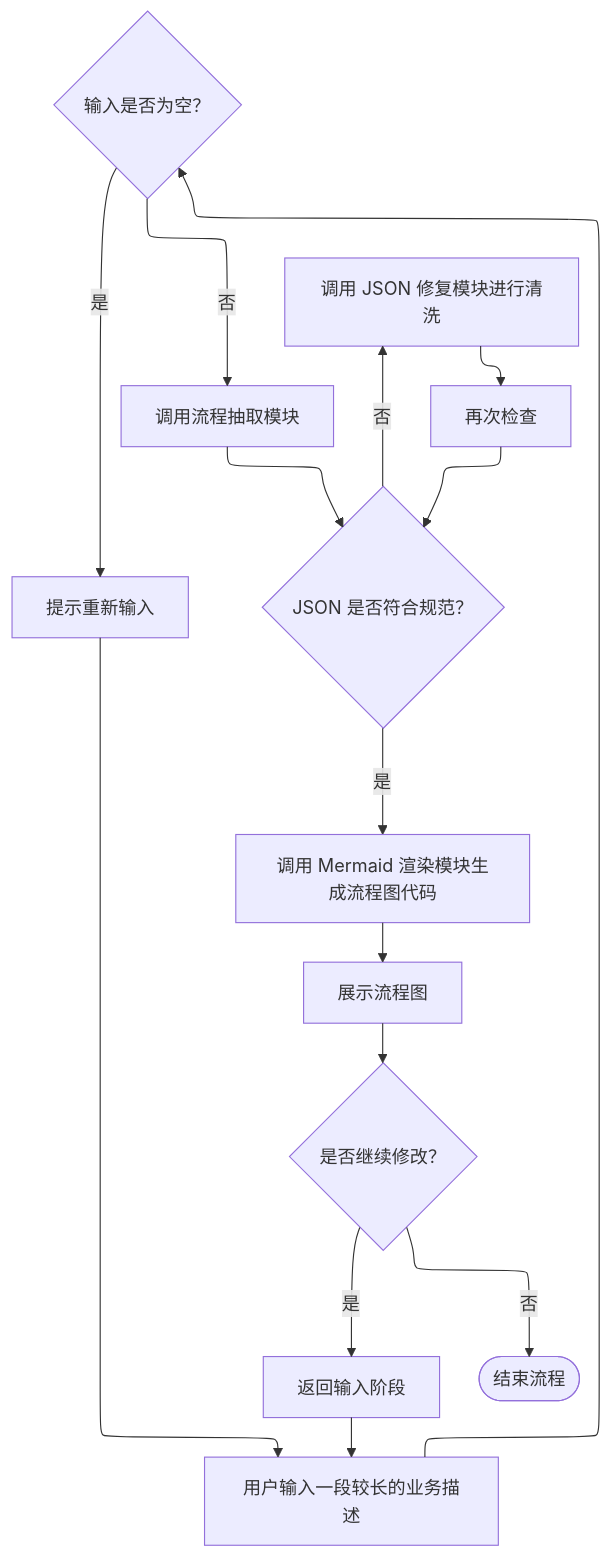
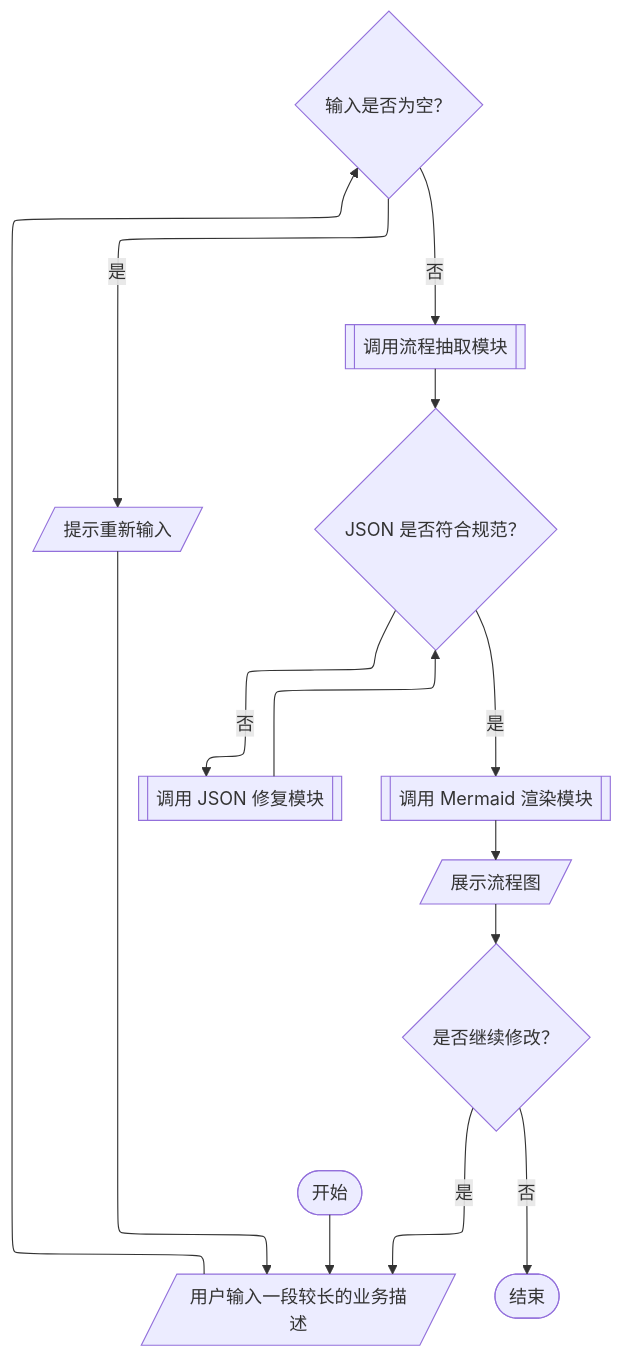
One commit to pujipia/Agent-Practise changed the diagram in diagrams/branch_flowchart.mmd. Above: the diagram before and after it, drawn with Mermaid. The commit also changed 6 other files, not shown here.

```diff
--- a/diagrams/branch_flowchart.mmd
+++ b/diagrams/branch_flowchart.mmd
@@ -1,29 +1,27 @@
 %%{init: {"flowchart": {"defaultRenderer": "elk"}}}%%
 flowchart TD
-A["用户输入一段较长的业务描述"]
-B{"输入是否为空？"}
-C["提示重新输入"]
-D["调用流程抽取模块"]
-E{"JSON 是否符合规范？"}
-F["调用 JSON 修复模块进行清洗"]
-G["再次检查"]
-H["调用 Mermaid 渲染模块生成流程图代码"]
-I["展示流程图"]
+A(["开始"])
+B[/"用户输入一段较长的业务描述"/]
+C{"输入是否为空？"}
+D[/"提示重新输入"/]
+E[["调用流程抽取模块"]]
+F{"JSON 是否符合规范？"}
+G[["调用 JSON 修复模块"]]
+H[["调用 Mermaid 渲染模块"]]
+I[/"展示流程图"/]
 J{"是否继续修改？"}
-K["返回输入阶段"]
-L(["结束流程"])
+K(["结束"])
 
 A --> B
-B -->|是| C
-B -->|否| D
-C --> A
-D --> E
-E -->|否| F
-E -->|是| H
-F --> G
-G --> E
+B --> C
+C -->|是| D
+C -->|否| E
+E --> F
+F -->|否| G
+G --> F
+F -->|是| H
 H --> I
 I --> J
-J -->|是| K
-J -->|否| L
-K --> A
+J -->|否| K
+J -->|是| B
+D --> B
```
